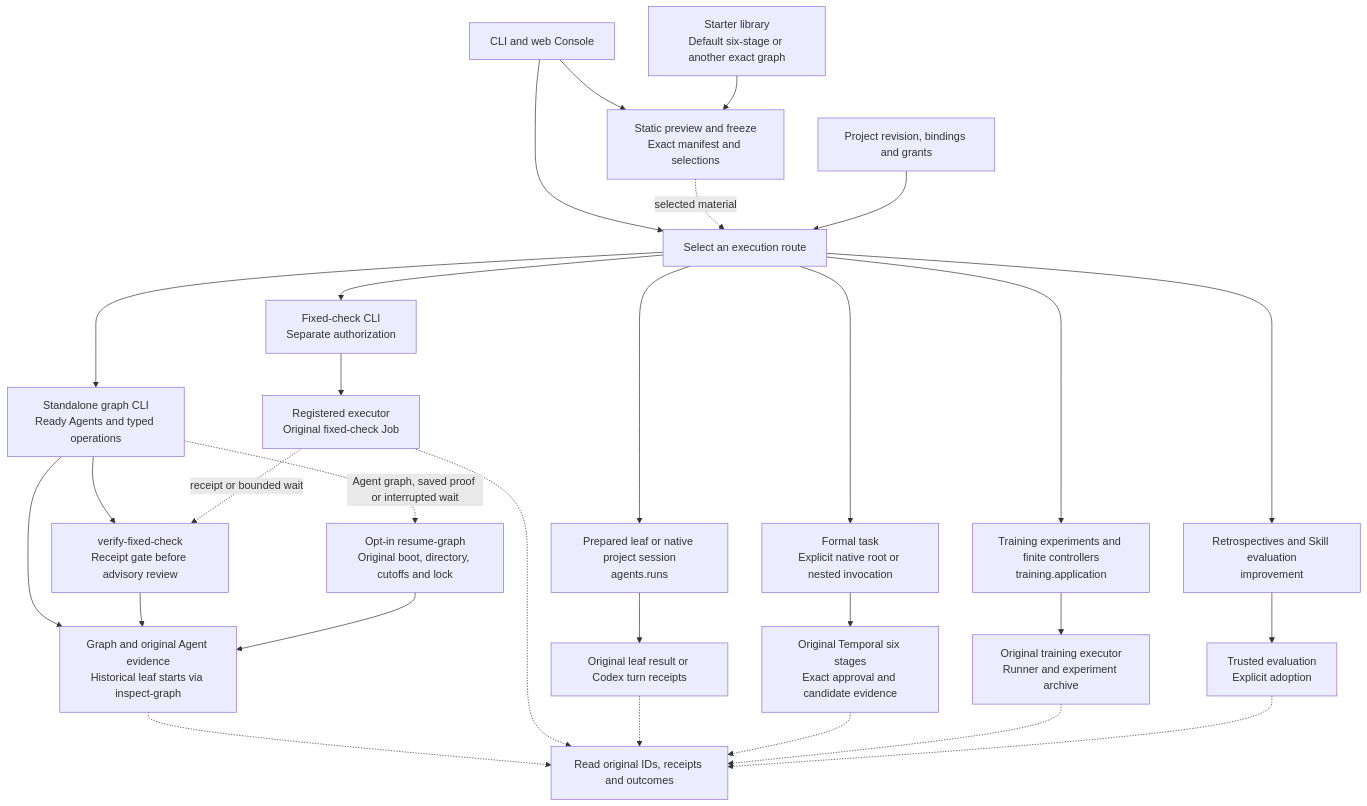
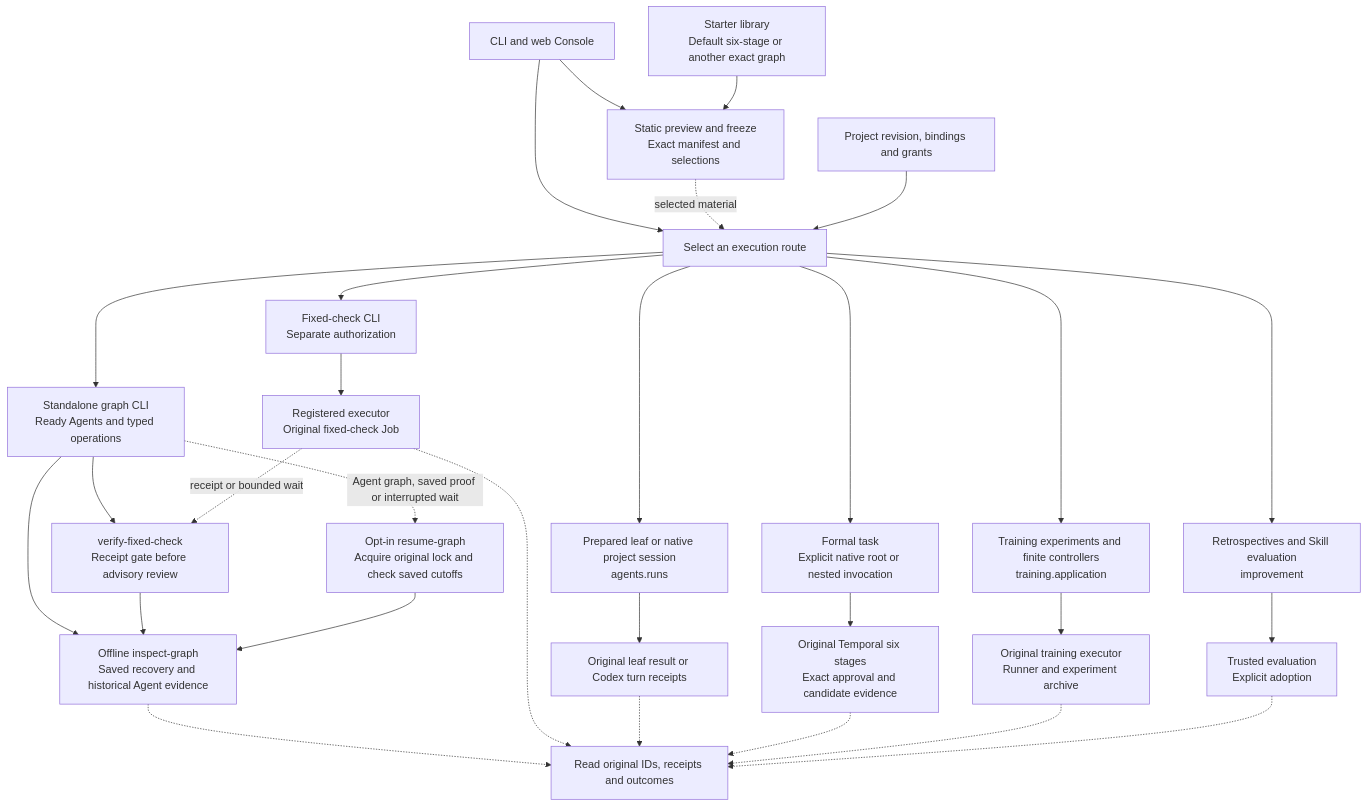
One commit to 626619403/Ergora changed the diagram in docs/architecture/framework-tour.md. Above: the diagram before and after it, drawn with Mermaid. The commit also changed other lines of this file, not shown here.

Commit message:
Map offline graph recovery evidence

````diff
--- a/docs/architecture/framework-tour.md
+++ b/docs/architecture/framework-tour.md
@@ -13,34 +13,34 @@
 ```mermaid
 flowchart TB
   Entry["CLI and web Console"] --> Select["Select an execution route"]
   Entry --> Freeze["Static preview and freeze<br/>Exact manifest and selections"]
   Assets["Starter library<br/>Default six-stage or another exact graph"] --> Freeze
   Freeze -. "selected material" .-> Select
   Config["Project revision, bindings and grants"] --> Select
 
   Select --> Check["Fixed-check CLI<br/>Separate authorization"]
   Select --> Graph["Standalone graph CLI<br/>Ready Agents and typed operations"]
   Select --> Session["Prepared leaf or native project session<br/>agents.runs"]
   Select --> Dev["Formal task<br/>Explicit native root or nested invocation"]
   Select --> Train["Training experiments and finite controllers<br/>training.application"]
   Select --> Improve["Retrospectives and Skill evaluation<br/>improvement"]
 
   Check --> CheckJob["Registered executor<br/>Original fixed-check Job"]
-  Graph --> GraphProof["Graph and original Agent evidence<br/>Historical leaf starts via inspect-graph"]
+  Graph --> GraphProof["Offline inspect-graph<br/>Saved recovery and historical Agent evidence"]
   Graph --> Gate["verify-fixed-check<br/>Receipt gate before advisory review"]
   CheckJob -. "receipt or bounded wait" .-> Gate
   Gate --> GraphProof
-  Graph -. "Agent graph, saved proof or interrupted wait" .-> Resume["Opt-in resume-graph<br/>Original boot, directory, cutoffs and lock"]
+  Graph -. "Agent graph, saved proof or interrupted wait" .-> Resume["Opt-in resume-graph<br/>Acquire original lock and check saved cutoffs"]
   Resume --> GraphProof
   Session --> Turn["Original leaf result or Codex turn receipts"]
   Dev --> Six["Original Temporal six stages<br/>Exact approval and candidate evidence"]
   Train --> Runner["Original training executor<br/>Runner and experiment archive"]
   Improve --> Eval["Trusted evaluation<br/>Explicit adoption"]
 
   GraphProof -.-> Recover["Read original IDs, receipts and outcomes"]
   CheckJob -.-> Recover
   Turn -.-> Recover
   Six -.-> Recover
   Runner -.-> Recover
   Eval -.-> Recover
 ```
````
